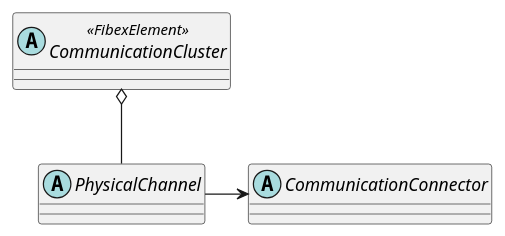
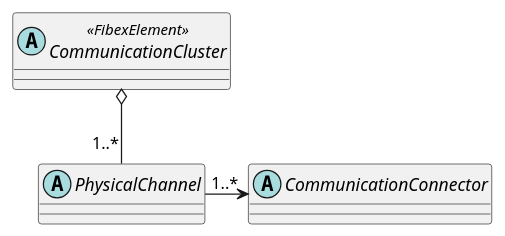
The second of 6 diagrams in vault-base/AUTOSAR-ECU-Extract.md (hazemanwer2000/knowledge-base), drawn with PlantUML before and after one commit. The commit also changed other lines of this file and 1 other file, not shown here.

````diff
--- a/vault-base/AUTOSAR-ECU-Extract.md
+++ b/vault-base/AUTOSAR-ECU-Extract.md
@@ -28,7 +28,7 @@
 ```plantuml
 abstract CommunicationCluster <<FibexElement>>
 abstract PhysicalChannel
 abstract CommunicationConnector
-PhysicalChannel -right-> CommunicationConnector
-CommunicationCluster o-- PhysicalChannel
+PhysicalChannel -right-> "1..*" CommunicationConnector
+CommunicationCluster o-- "1..*" PhysicalChannel
 ```
````
